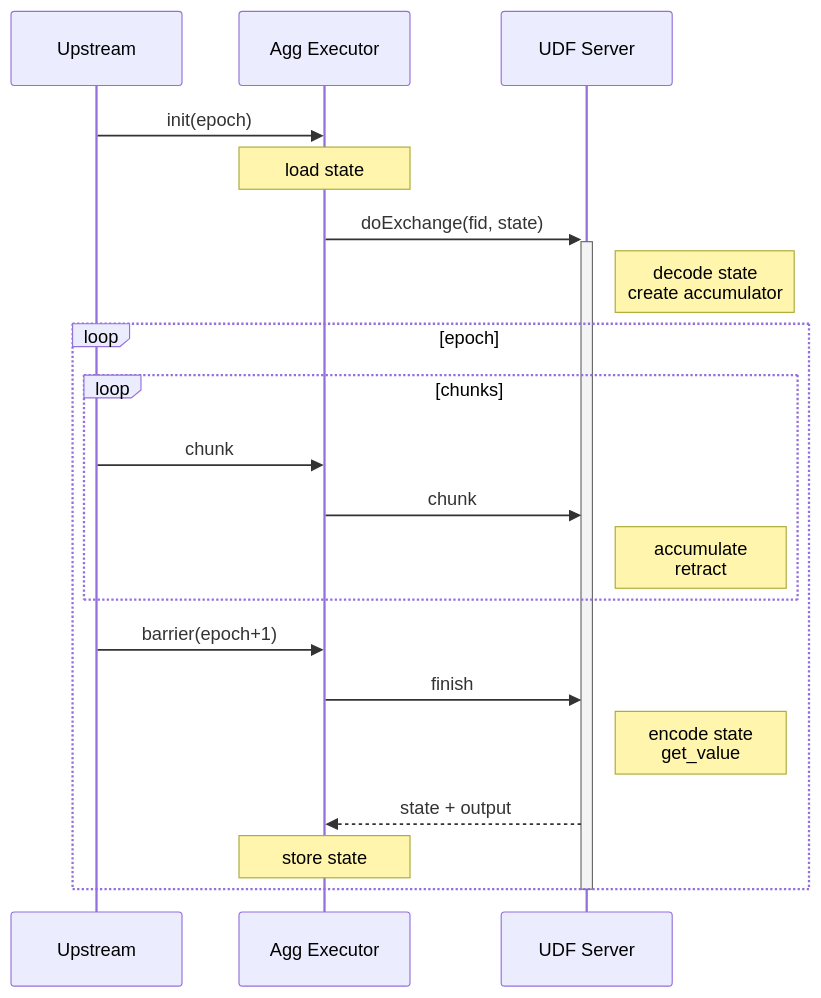
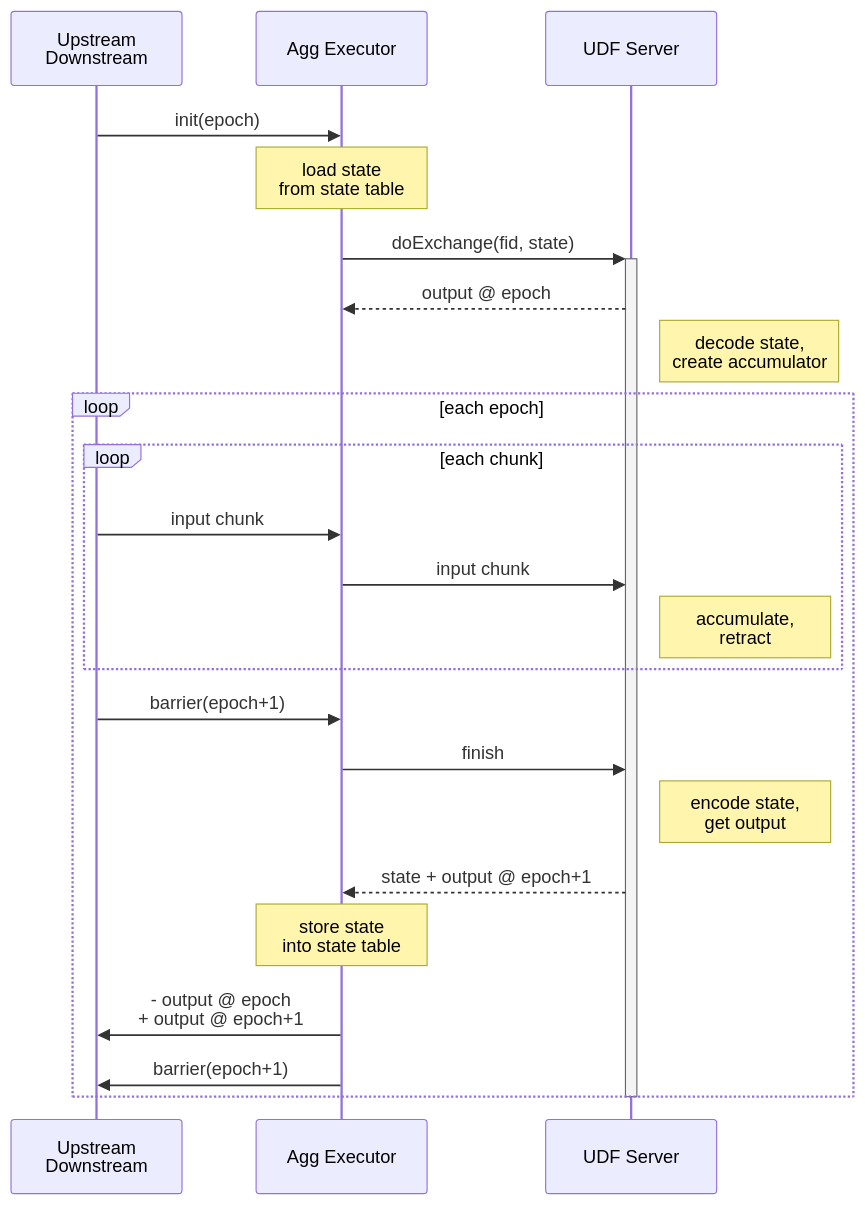
Before and after one commit to risingwavelabs/rfcs: the diagram in rfcs/0000-user-defined-aggregate-functions.md, drawn with Mermaid. The commit also changed other lines of this file, not shown here.

Commit message:
add design of state store

````diff
--- a/rfcs/0000-user-defined-aggregate-functions.md
+++ b/rfcs/0000-user-defined-aggregate-functions.md
@@ -189,23 +180,26 @@
 ```mermaid
 sequenceDiagram
-    participant UP as Upstream
+    participant UP as Upstream<br/>Downstream
     participant AG as Agg Executor
     participant CP as UDF Server
     UP ->> AG: init(epoch)
-    Note over AG: load state
+    Note over AG: load state<br/>from state table
     AG ->>+ CP: doExchange(fid, state)
-    Note right of CP: decode state<br/>create accumulator
-    loop epoch
-        loop chunks
-            UP ->> AG: chunk
-            AG ->> CP: chunk
-            Note right of CP: accumulate<br/>retract
+    CP -->> AG: output @ epoch
+    Note right of CP: decode state,<br/>create accumulator
+    loop each epoch
+        loop each chunk
+            UP ->> AG: input chunk
+            AG ->> CP: input chunk
+            Note right of CP: accumulate,<br/>retract
         end
         UP ->> AG: barrier(epoch+1)
         AG ->> CP: finish
-        Note right of CP: encode state<br/>get_value
-        CP -->> AG: state + output
-        Note over AG: store state
+        Note right of CP: encode state,<br/>get output
+        CP -->> AG: state + output @ epoch+1
+        Note over AG: store state<br/>into state table
+        AG ->> UP: - output @ epoch<br/>+ output @ epoch+1
+        AG ->> UP: barrier(epoch+1)
     end
     deactivate CP
 ```
````
